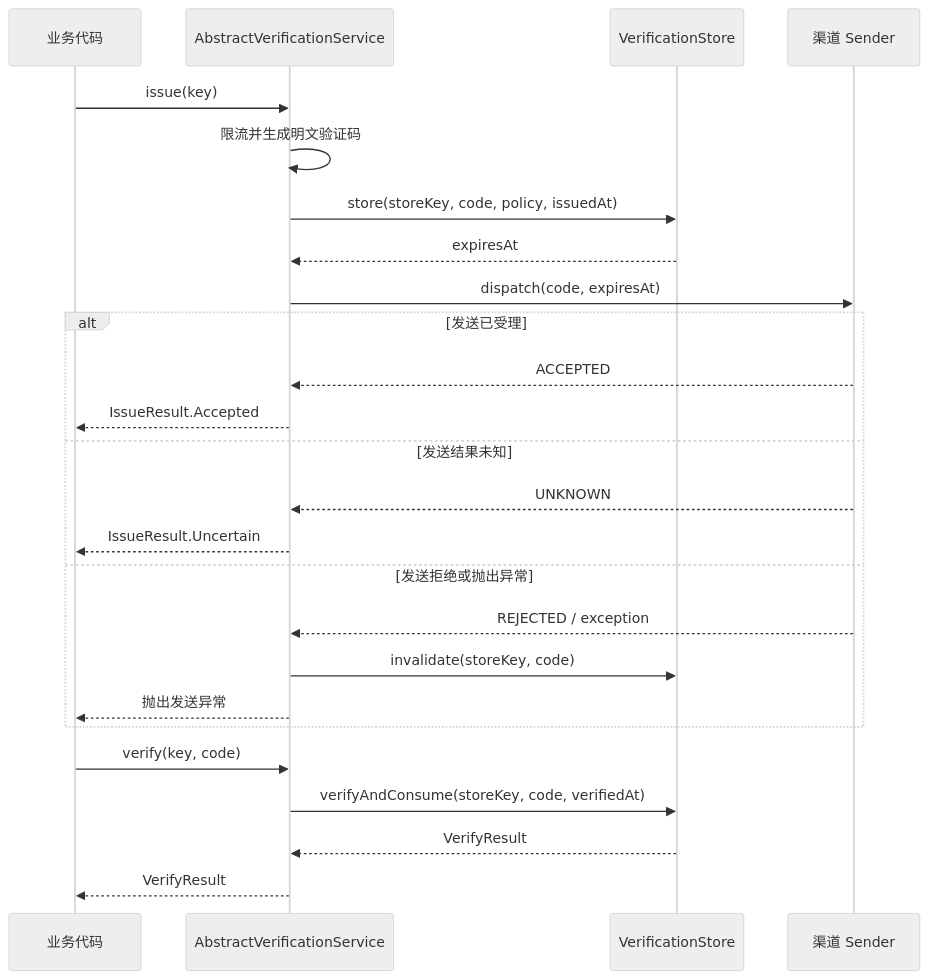
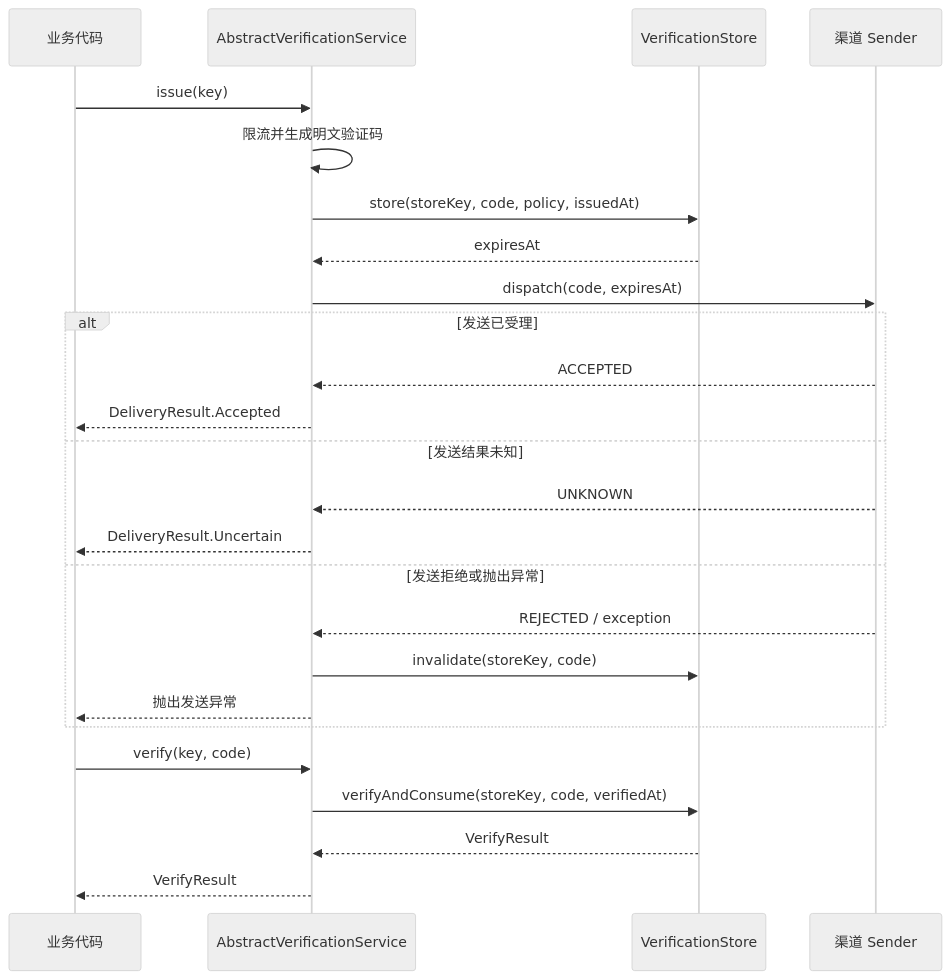
Before and after one commit to RingoTangs/ringo-boot: the second of 3 diagrams in ringo-boot-verification/src/main/java/io/github/ringotangs/ringoboot/verification/store/README.md, drawn with Mermaid (neutral theme). The commit also changed other lines of this file and 20 other files, not shown here.

First line of the commit message:
refactor: replace IssueResult with DeliveryResult for email and SMS verification services

````diff
--- a/ringo-boot-verification/src/main/java/io/github/ringotangs/ringoboot/verification/store/README.md
+++ b/ringo-boot-verification/src/main/java/io/github/ringotangs/ringoboot/verification/store/README.md
@@ -126,29 +126,29 @@
 ```mermaid
 sequenceDiagram
     participant App as 业务代码
     participant Service as AbstractVerificationService
     participant Store as VerificationStore
     participant Sender as 渠道 Sender
 
     App->>Service: issue(key)
     Service->>Service: 限流并生成明文验证码
     Service->>Store: store(storeKey, code, policy, issuedAt)
     Store-->>Service: expiresAt
     Service->>Sender: dispatch(code, expiresAt)
     alt 发送已受理
         Sender-->>Service: ACCEPTED
-        Service-->>App: IssueResult.Accepted
+        Service-->>App: DeliveryResult.Accepted
     else 发送结果未知
         Sender-->>Service: UNKNOWN
-        Service-->>App: IssueResult.Uncertain
+        Service-->>App: DeliveryResult.Uncertain
     else 发送拒绝或抛出异常
         Sender-->>Service: REJECTED / exception
         Service->>Store: invalidate(storeKey, code)
         Service-->>App: 抛出发送异常
     end
 
     App->>Service: verify(key, code)
     Service->>Store: verifyAndConsume(storeKey, code, verifiedAt)
     Store-->>Service: VerifyResult
     Service-->>App: VerifyResult
 ```
````
